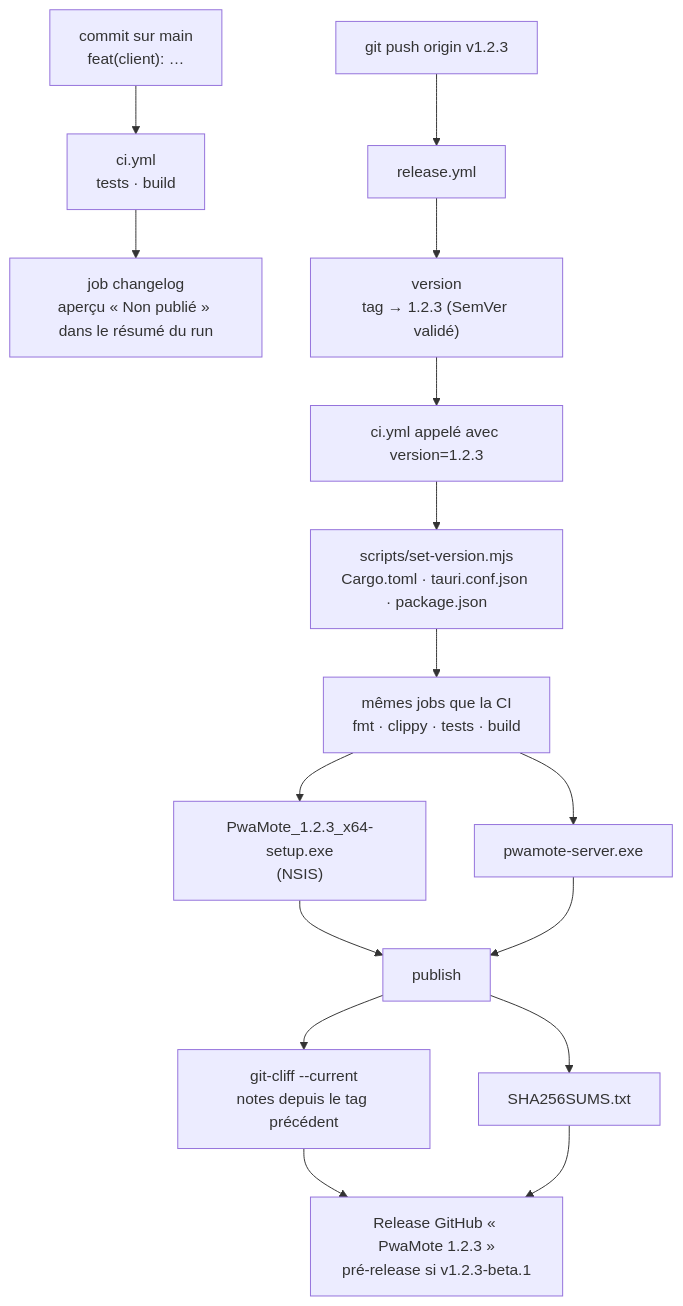
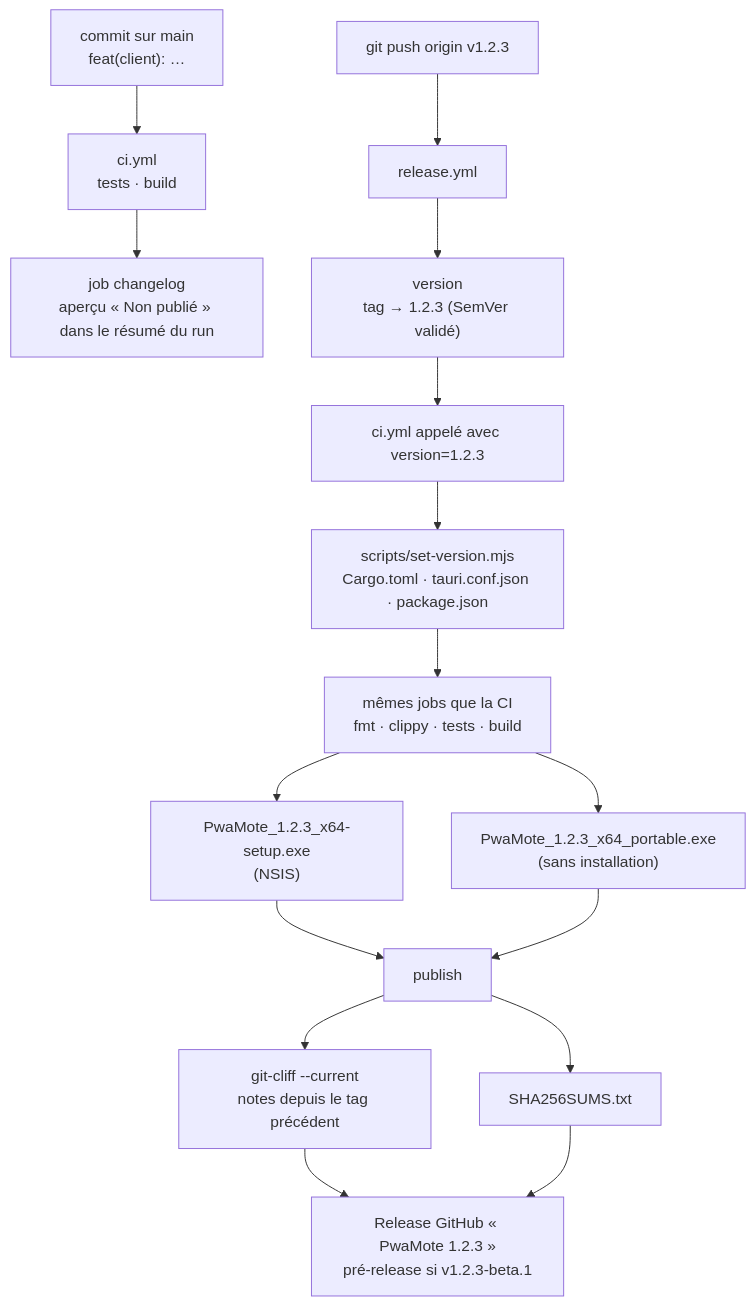
One commit to wardensfx/pwamote changed the seventh of 25 diagrams in docs/architecture.md. Above: the diagram before and after it, drawn with Mermaid. The commit also changed other lines of this file and 14 other files, not shown here.

First line of the commit message:
feat(desktop)!: exécutable sans installation, sans console, --console à la demande

````diff
--- a/docs/architecture.md
+++ b/docs/architecture.md
@@ -138,18 +154,18 @@
 ```mermaid
 flowchart TD
   C["commit sur main<br/>feat(client): …"] --> CI["ci.yml<br/>tests · build"]
   CI --> PV["job changelog<br/>aperçu « Non publié » dans le résumé du run"]
   T["git push origin v1.2.3"] --> R["release.yml"]
   R --> V["version<br/>tag → 1.2.3 (SemVer validé)"]
   V --> B["ci.yml appelé avec version=1.2.3"]
   B --> SV["scripts/set-version.mjs<br/>Cargo.toml · tauri.conf.json · package.json"]
   SV --> J["mêmes jobs que la CI<br/>fmt · clippy · tests · build"]
   J --> A1["PwaMote_1.2.3_x64-setup.exe<br/>(NSIS)"]
-  J --> A2["pwamote-server.exe"]
+  J --> A2["PwaMote_1.2.3_x64_portable.exe<br/>(sans installation)"]
   A1 --> P["publish"]
   A2 --> P
   P --> N["git-cliff --current<br/>notes depuis le tag précédent"]
   P --> H["SHA256SUMS.txt"]
   N --> GR["Release GitHub « PwaMote 1.2.3 »<br/>pré-release si v1.2.3-beta.1"]
   H --> GR
 ```
````
